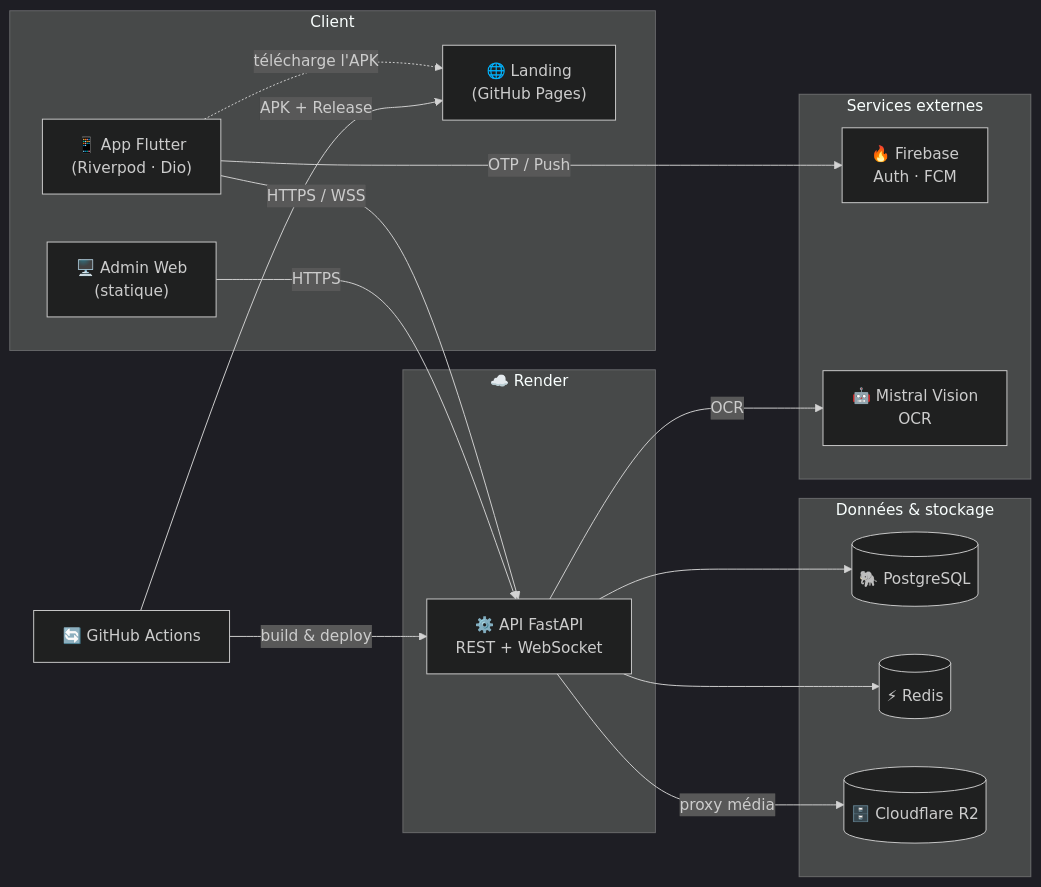
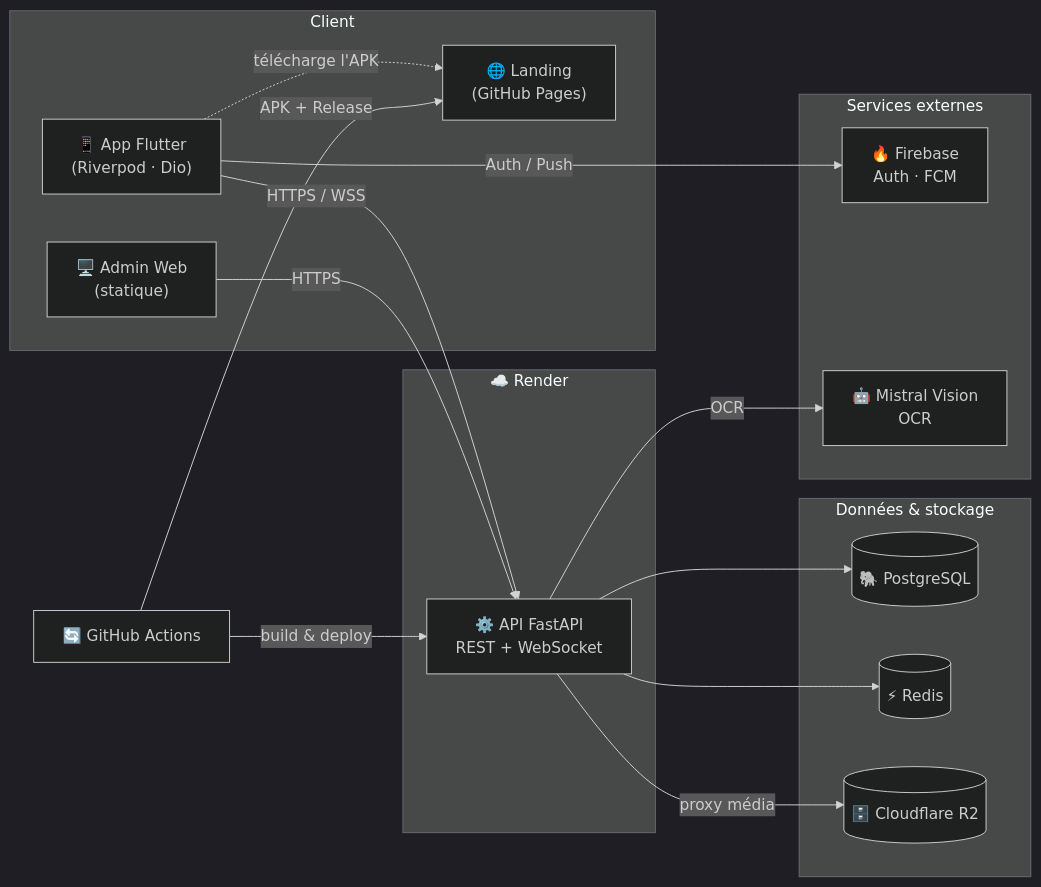
The diagram in README.md (ItxMveng/ReTurn), drawn with Mermaid (dark theme) before and after one commit. The commit also changed other lines of this file, not shown here.

Commit message:
docs(readme): auth email/Google (sans SMS), version 1.4.0

````diff
--- a/README.md
+++ b/README.md
@@ -96,35 +96,35 @@
 ```mermaid
 flowchart LR
     subgraph Client
       M["📱 App Flutter<br/>(Riverpod · Dio)"]
       A["🖥️ Admin Web<br/>(statique)"]
       L["🌐 Landing<br/>(GitHub Pages)"]
     end
 
     subgraph Cloud["☁️ Render"]
       API["⚙️ API FastAPI<br/>REST + WebSocket"]
     end
 
     subgraph Data["Données & stockage"]
       PG[("🐘 PostgreSQL")]
       RD[("⚡ Redis")]
       R2[("🗄️ Cloudflare R2")]
     end
 
     subgraph Ext["Services externes"]
       FB["🔥 Firebase<br/>Auth · FCM"]
       AI["🤖 Mistral Vision<br/>OCR"]
     end
 
     M -->|HTTPS / WSS| API
     A -->|HTTPS| API
-    M -->|OTP / Push| FB
+    M -->|Auth / Push| FB
     API --> PG
     API --> RD
     API -->|proxy média| R2
     API -->|OCR| AI
     M -.télécharge l'APK.-> L
 
     GH["🔄 GitHub Actions"] -->|build & deploy| API
     GH -->|APK + Release| L
 ```
````
